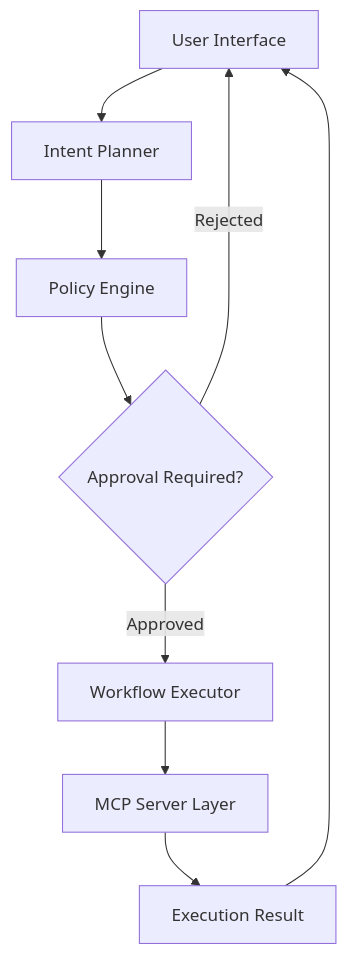
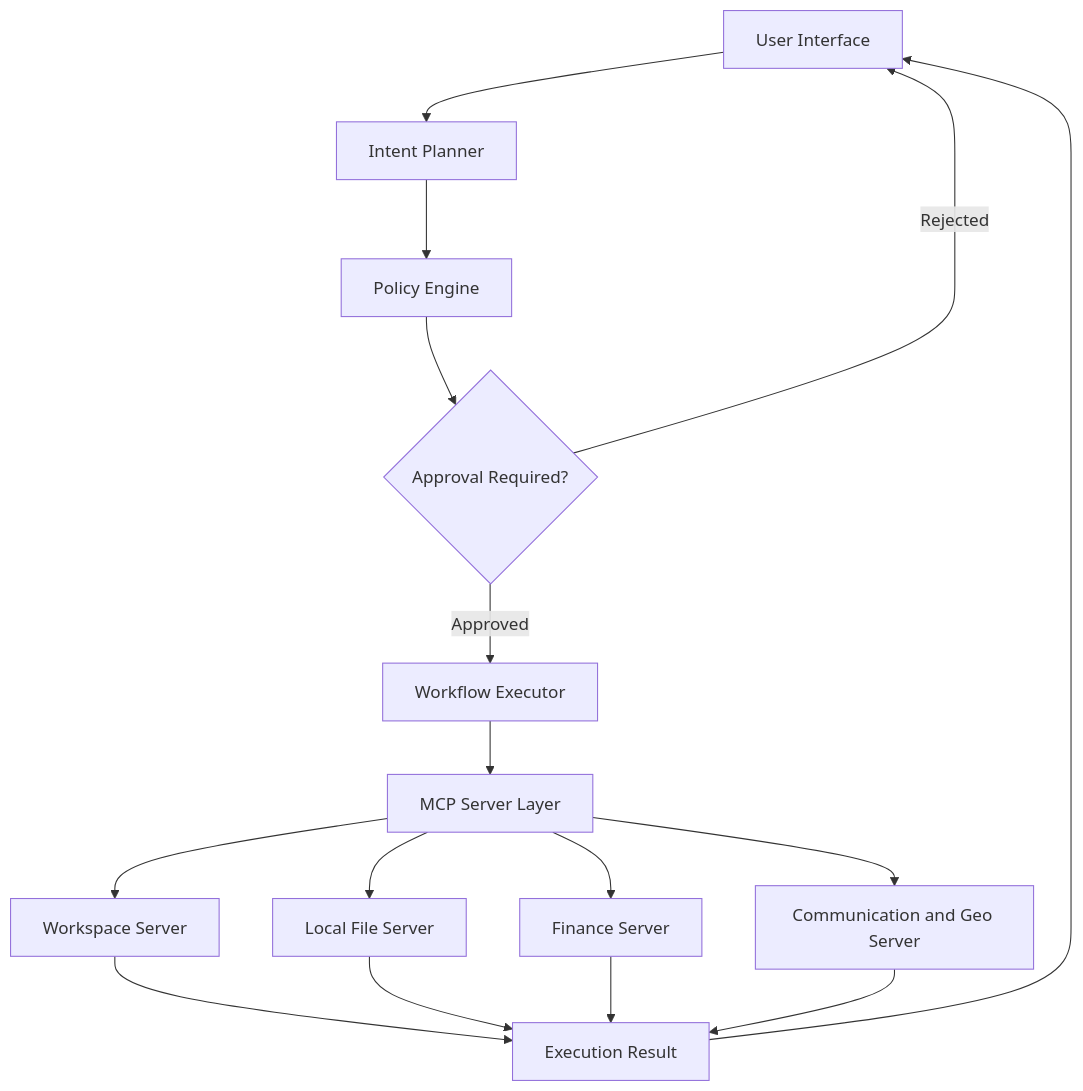
The diagram in README.md (Rahidxx/OmniRelay-MCP), drawn with Mermaid before and after one commit. The commit also changed other lines of this file, not shown here.

````diff
--- a/README.md
+++ b/README.md
@@ -50,11 +51,23 @@
 ```mermaid
 flowchart TD
     A[User Interface] --> B[Intent Planner]
     B --> C[Policy Engine]
     C --> D{Approval Required?}
+
     D -->|Approved| E[Workflow Executor]
     D -->|Rejected| A
+
     E --> F[MCP Server Layer]
-    F --> G[Execution Result]
-    G --> A
+
+    F --> G[Workspace Server]
+    F --> H[Local File Server]
+    F --> I[Finance Server]
+    F --> J[Communication and Geo Server]
+
+    G --> K[Execution Result]
+    H --> K
+    I --> K
+    J --> K
+
+    K --> A
 ```
````
